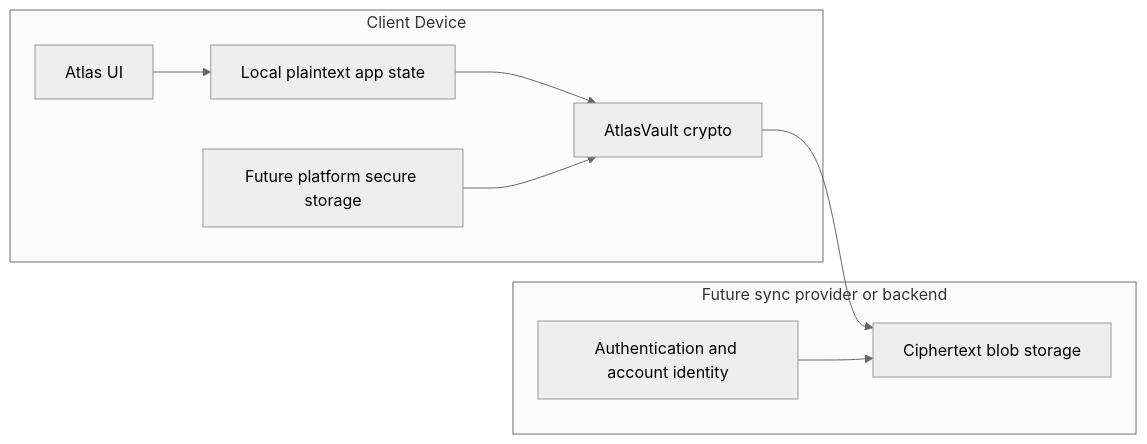
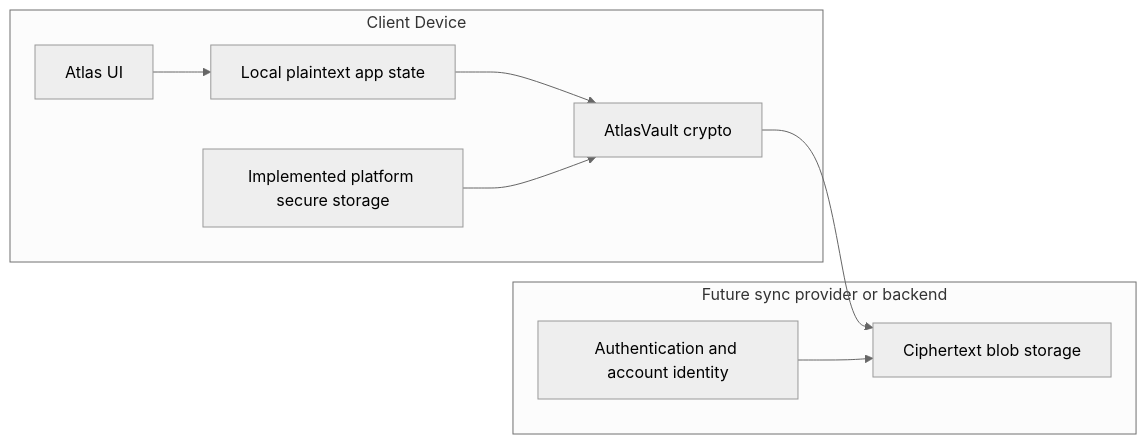
Before and after one commit to yutsukioka/un_job_application_helper: the diagram in docs/architecture/encrypted_multi_device_sync.md, drawn with Mermaid (neutral theme). The commit also changed other lines of this file and 13 other files, not shown here.

First line of the commit message:
Reconcile AtlasVault security hardenings and architecture baseline (#107)

````diff
--- a/docs/architecture/encrypted_multi_device_sync.md
+++ b/docs/architecture/encrypted_multi_device_sync.md
@@ -34,18 +49,18 @@
 ```mermaid
 flowchart LR
   subgraph Client["Client Device"]
     UI["Atlas UI"]
     LocalPlain["Local plaintext app state"]
     Vault["AtlasVault crypto"]
-    SecureStore["Future platform secure storage"]
+    SecureStore["Implemented platform secure storage"]
   end
   subgraph Sync["Future sync provider or backend"]
     Auth["Authentication and account identity"]
     BlobStore["Ciphertext blob storage"]
   end
   UI --> LocalPlain
   LocalPlain --> Vault
   Vault --> BlobStore
   SecureStore --> Vault
   Auth --> BlobStore
 ```
````
